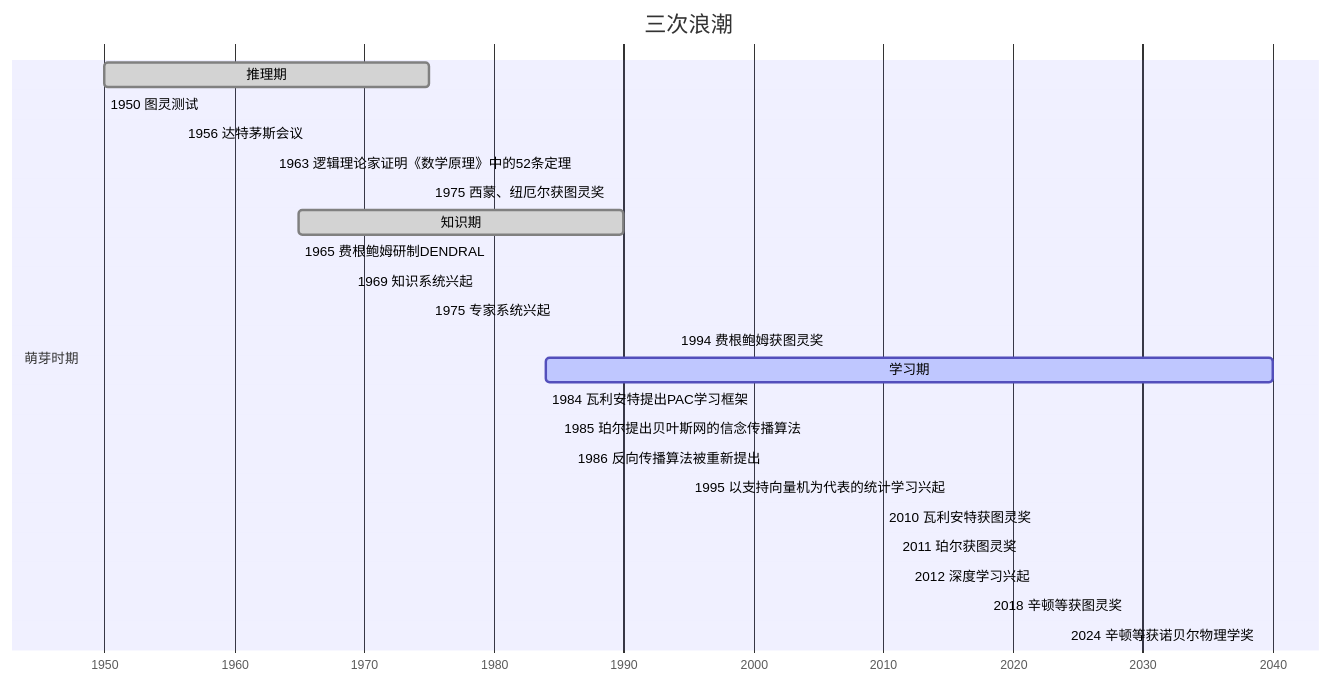
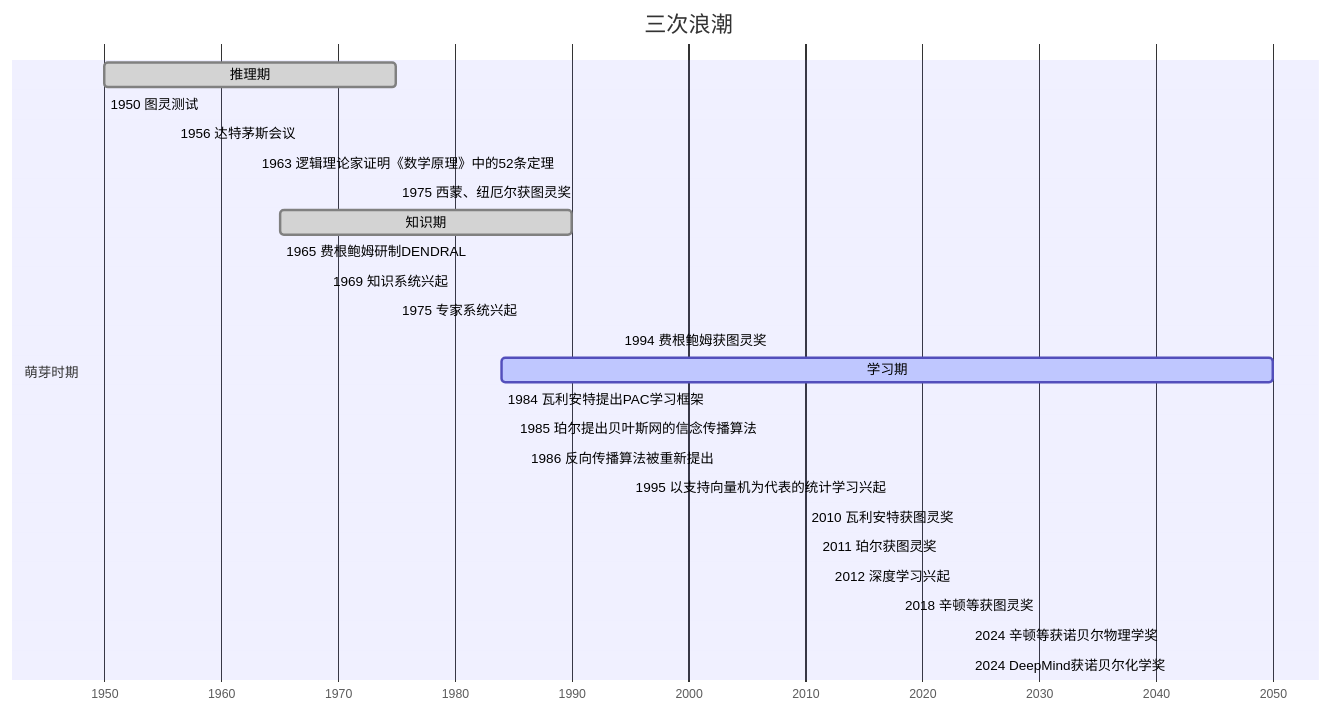
One commit to Avanti1980/course-ml changed the diagram in mermaid/ai.mermaid. Above: the diagram before and after it, drawn with Mermaid. The commit also changed 311 other files, not shown here.

```diff
--- a/mermaid/ai.mermaid
+++ b/mermaid/ai.mermaid
@@ -1,30 +1,31 @@
 gantt
 todayMarker off
 dateFormat YYYY
 axisFormat %Y
 title 三次浪潮
 
 section 萌芽时期
 
 推理期: done, 1950, 1975
 1950 图灵测试: 1950, milestone
 1956 达特茅斯会议: 1956, milestone
 1963 逻辑理论家证明《数学原理》中的52条定理: 1963, milestone
 1975 西蒙、纽厄尔获图灵奖: 1975, milestone
 
 知识期: done, 1965, 1990
 1965 费根鲍姆研制DENDRAL: 1965, milestone
 1969 知识系统兴起: 1969, milestone
 1975 专家系统兴起: 1975, milestone
 1994 费根鲍姆获图灵奖: 1994, milestone
 
-学习期: active, 1984, 2040
+学习期: active, 1984, 2050
 1984 瓦利安特提出PAC学习框架: 1984, milestone
 1985 珀尔提出贝叶斯网的信念传播算法: 1985, milestone
 1986 反向传播算法被重新提出: 1986, milestone
 1995 以支持向量机为代表的统计学习兴起: 1995, milestone
 2010 瓦利安特获图灵奖: 2010, milestone
 2011 珀尔获图灵奖: 2011, milestone
 2012 深度学习兴起: 2012, milestone
 2018 辛顿等获图灵奖: 2018, milestone
 2024 辛顿等获诺贝尔物理学奖: 2024, milestone
+2024 DeepMind获诺贝尔化学奖: 2024, milestone
```
